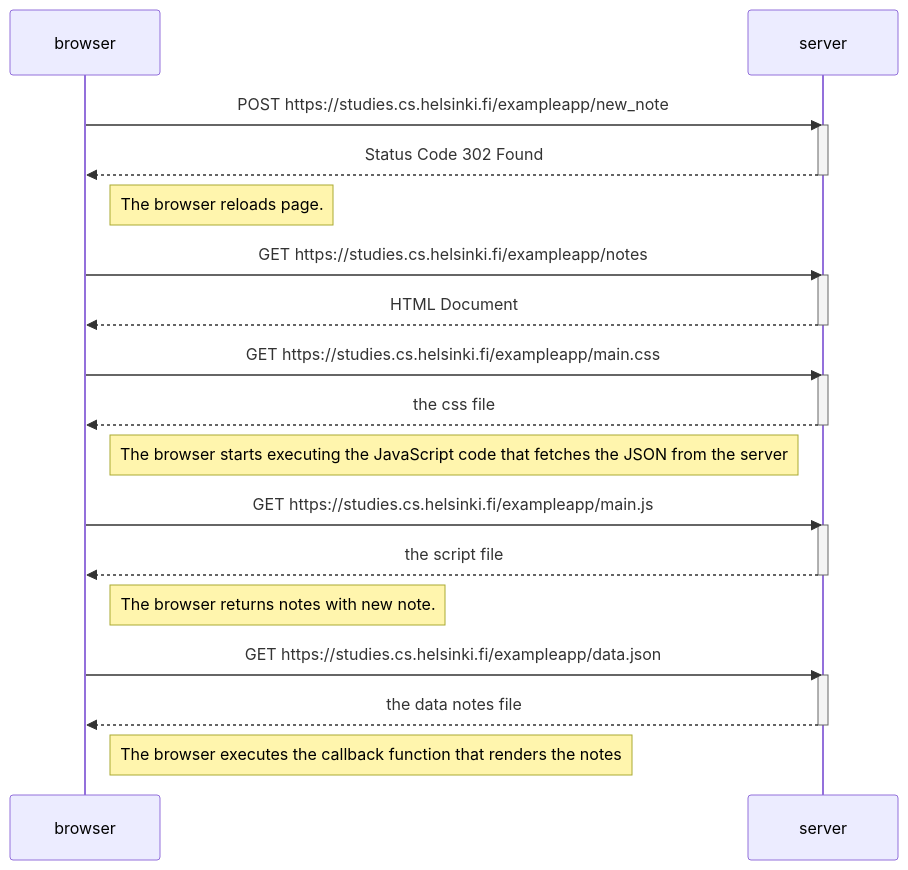
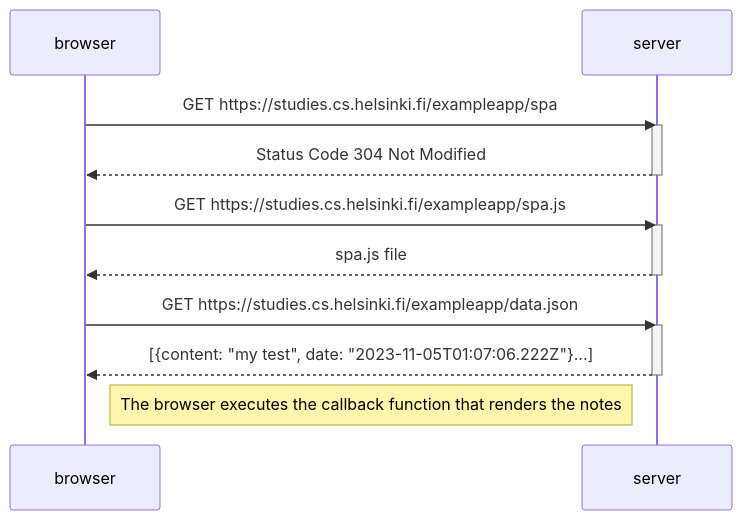
Before and after one commit to aD4str4/fullstack_open: the diagram in Part0/0.5_single_page_app_diagram.mmd, drawn with Mermaid.

Commit message:
add 0.5 exercisse file

```diff
--- a/Part0/0.5_single_page_app_diagram.mmd
+++ b/Part0/0.5_single_page_app_diagram.mmd
@@ -1,36 +1,22 @@
 sequenceDiagram
     participant browser
     participant server
 
-    browser->>server: POST https://studies.cs.helsinki.fi/exampleapp/new_note
+    browser->>server: GET https://studies.cs.helsinki.fi/exampleapp/spa
+
     activate server
-    server-->>browser: Status Code 302 Found
+    server-->>browser: Status Code 304 Not Modified
     deactivate server
 
-    Note right of browser: The browser reloads page.
-
-    browser->>server: GET https://studies.cs.helsinki.fi/exampleapp/notes
+    
+    browser->>server: GET https://studies.cs.helsinki.fi/exampleapp/spa.js
     activate server
-    server-->>browser: HTML Document
+    server-->>browser: spa.js file
     deactivate server
-
-    browser->>server: GET https://studies.cs.helsinki.fi/exampleapp/main.css
-    activate server
-    server-->>browser: the css file
-    deactivate server
-
-    Note right of browser: The browser starts executing the JavaScript code that fetches the JSON from the server
-
-    browser->>server: GET https://studies.cs.helsinki.fi/exampleapp/main.js
-    activate server
-    server-->>browser: the script file
-    deactivate server
-
-    Note right of browser: The browser returns notes with new note.
 
     browser->>server: GET https://studies.cs.helsinki.fi/exampleapp/data.json
     activate server
-    server-->>browser: the data notes file
+    server-->>browser: [{content: "my test", date: "2023-11-05T01:07:06.222Z"}...]
     deactivate server
 
     Note right of browser: The browser executes the callback function that renders the notes
```
